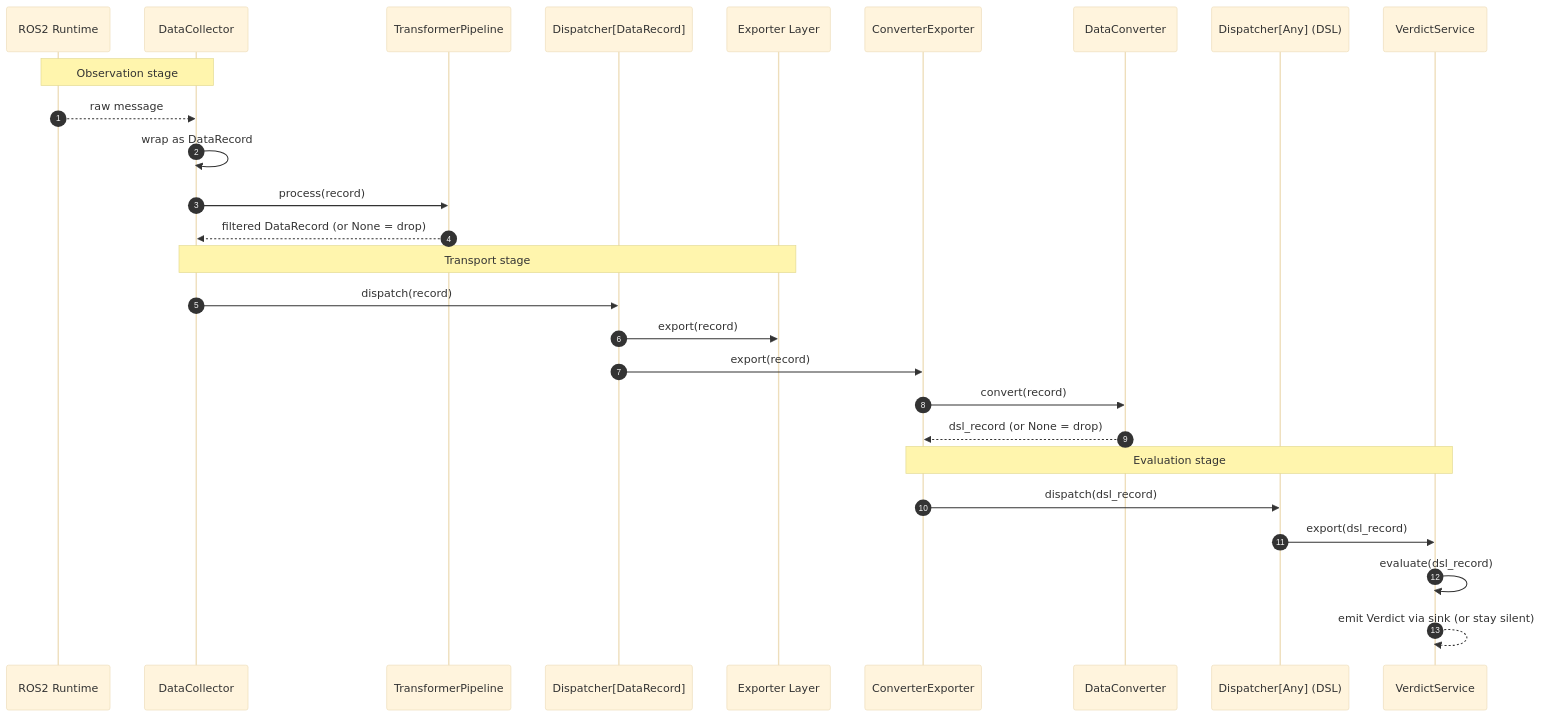
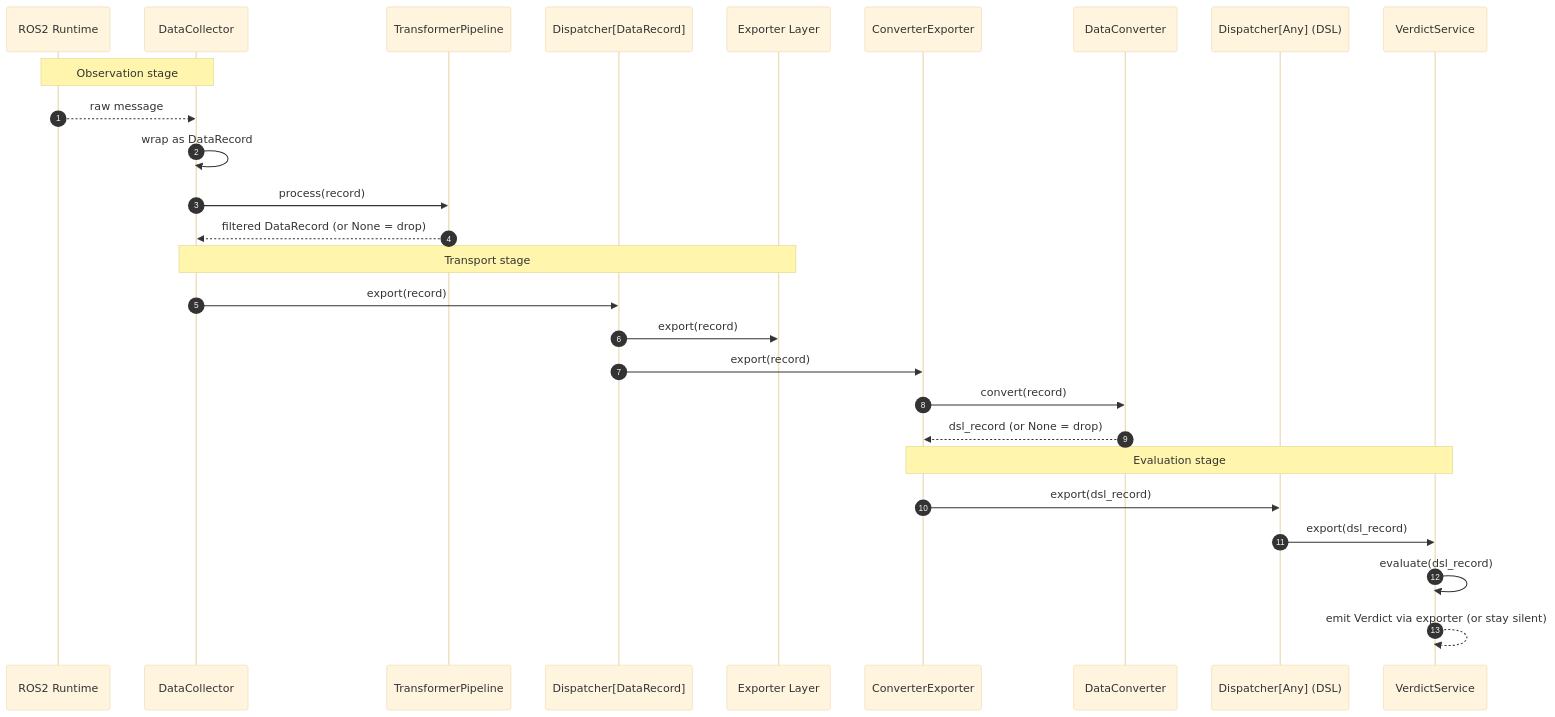
The diagram in docs/sequence_diagrams/dataflow.mermaid (Jin-Shikai/ROS2-Monitor-Infra), drawn with Mermaid (base theme) before and after one commit. The commit also changed 36 other files, not shown here.

```diff
--- a/docs/sequence_diagrams/dataflow.mermaid
+++ b/docs/sequence_diagrams/dataflow.mermaid
@@ -1,30 +1,30 @@
 sequenceDiagram
     autonumber
     participant ROS as ROS2 Runtime
     participant DC as DataCollector
     participant TP as TransformerPipeline
     participant ED1 as Dispatcher[DataRecord]
     participant EXP as Exporter Layer
     participant CE as ConverterExporter
     participant CV as DataConverter
     participant ED2 as Dispatcher[Any] (DSL)
     participant VS as VerdictService
 
     Note over ROS,DC: Observation stage
     ROS-->>DC: raw message 
     DC->>DC: wrap as DataRecord
     DC->>TP: process(record)
     TP-->>DC: filtered DataRecord (or None = drop)
 
     Note over DC,EXP: Transport stage
-    DC->>ED1: dispatch(record)
+    DC->>ED1: export(record)
     ED1->>EXP: export(record)
     ED1->>CE: export(record)
     CE->>CV: convert(record)
     CV-->>CE: dsl_record (or None = drop)
 
     Note over CE,VS: Evaluation stage
-    CE->>ED2: dispatch(dsl_record)
+    CE->>ED2: export(dsl_record)
     ED2->>VS: export(dsl_record)
     VS->>VS: evaluate(dsl_record)
-    VS-->>VS: emit Verdict via sink (or stay silent)
+    VS-->>VS: emit Verdict via exporter (or stay silent)
```
